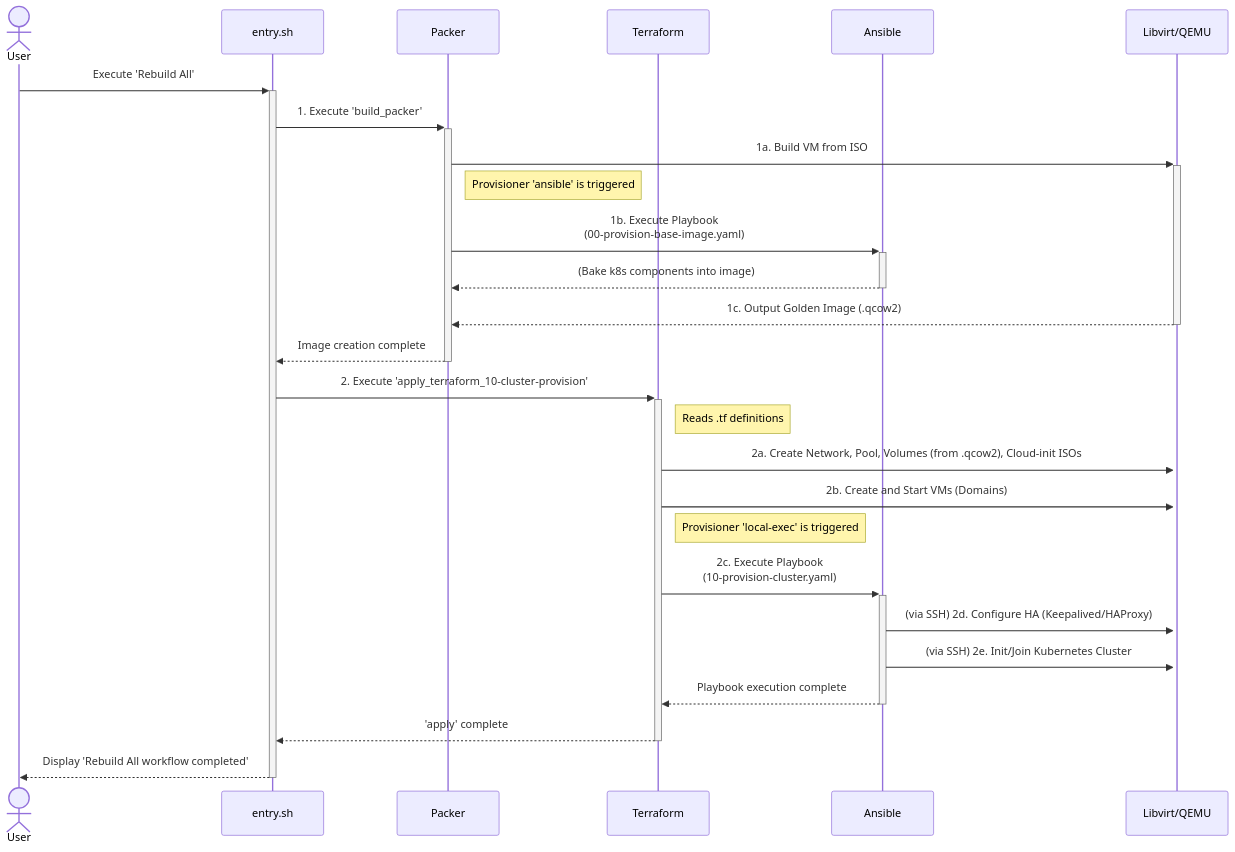
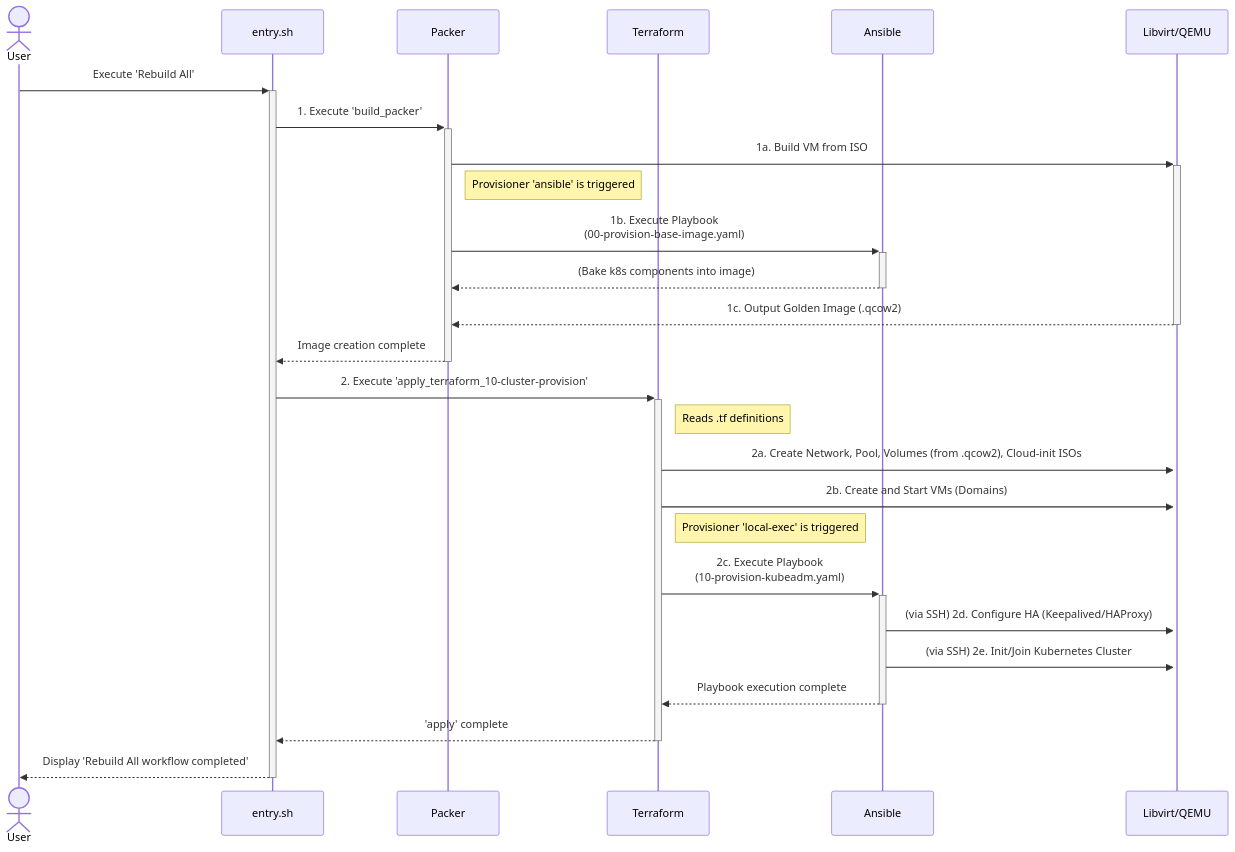
One commit to csning1998/on-premise-gitlab-deployment changed the diagram in README.md. Above: the diagram before and after it, drawn with Mermaid. The commit also changed other lines of this file and 32 other files, not shown here.

````diff
--- a/README.md
+++ b/README.md
@@ -557,31 +557,31 @@
 ```mermaid
 sequenceDiagram
    actor User
    participant Entrypoint as entry.sh
    participant Packer
    participant Terraform
    participant Ansible
    participant Libvirt as Libvirt/QEMU
 
    User->>+Entrypoint: Execute 'Rebuild All'
 
    Entrypoint->>+Packer: 1. Execute 'build_packer'
    Packer->>+Libvirt: 1a. Build VM from ISO
    note right of Packer: Provisioner 'ansible' is triggered
    Packer->>+Ansible: 1b. Execute Playbook<br>(00-provision-base-image.yaml)
    Ansible-->>-Packer: (Bake k8s components into image)
    Libvirt-->>-Packer: 1c. Output Golden Image (.qcow2)
    Packer-->>-Entrypoint: Image creation complete
 
    Entrypoint->>+Terraform: 2. Execute 'apply_terraform_10-cluster-provision'
    note right of Terraform: Reads .tf definitions
    Terraform->>+Libvirt: 2a. Create Network, Pool, Volumes (from .qcow2), Cloud-init ISOs
    Terraform->>+Libvirt: 2b. Create and Start VMs (Domains)
    note right of Terraform: Provisioner 'local-exec' is triggered
-   Terraform->>+Ansible: 2c. Execute Playbook<br>(10-provision-cluster.yaml)
+   Terraform->>+Ansible: 2c. Execute Playbook<br>(10-provision-kubeadm.yaml)
    Ansible->>Libvirt: (via SSH) 2d. Configure HA (Keepalived/HAProxy)
    Ansible->>Libvirt: (via SSH) 2e. Init/Join Kubernetes Cluster
    Ansible-->>-Terraform: Playbook execution complete
    Terraform-->>-Entrypoint: 'apply' complete
    Entrypoint-->>-User: Display 'Rebuild All workflow completed'
 ```
````
